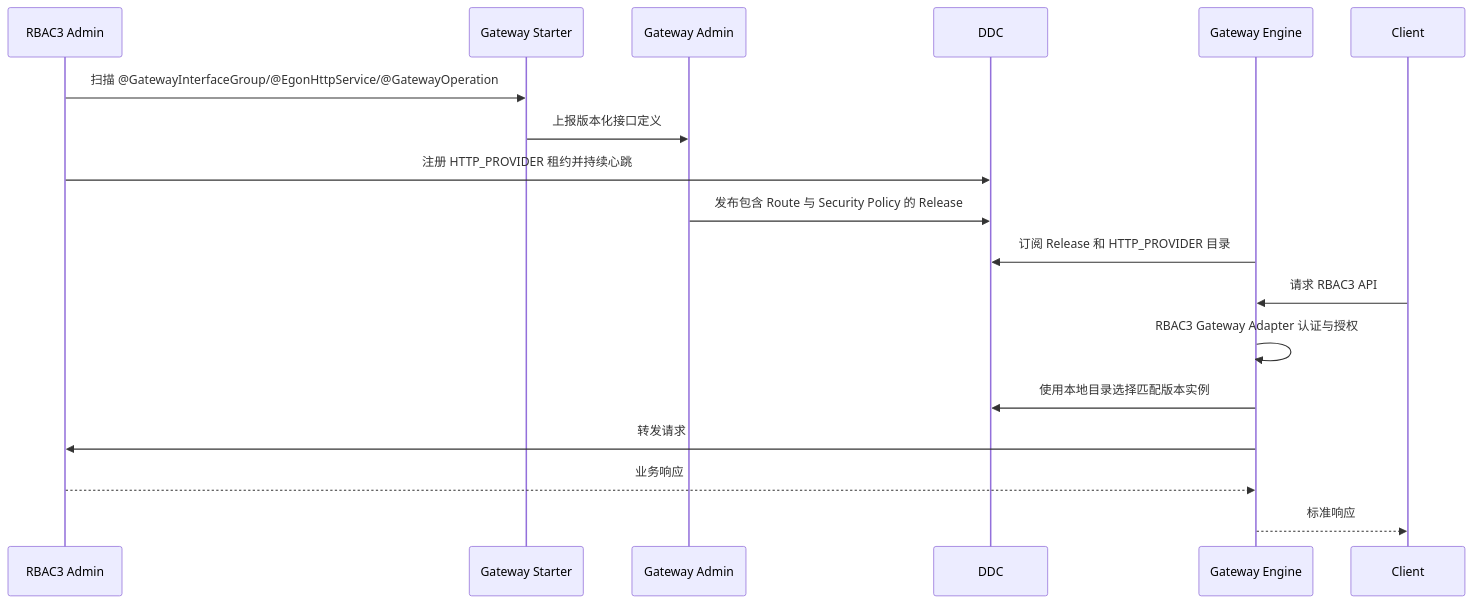
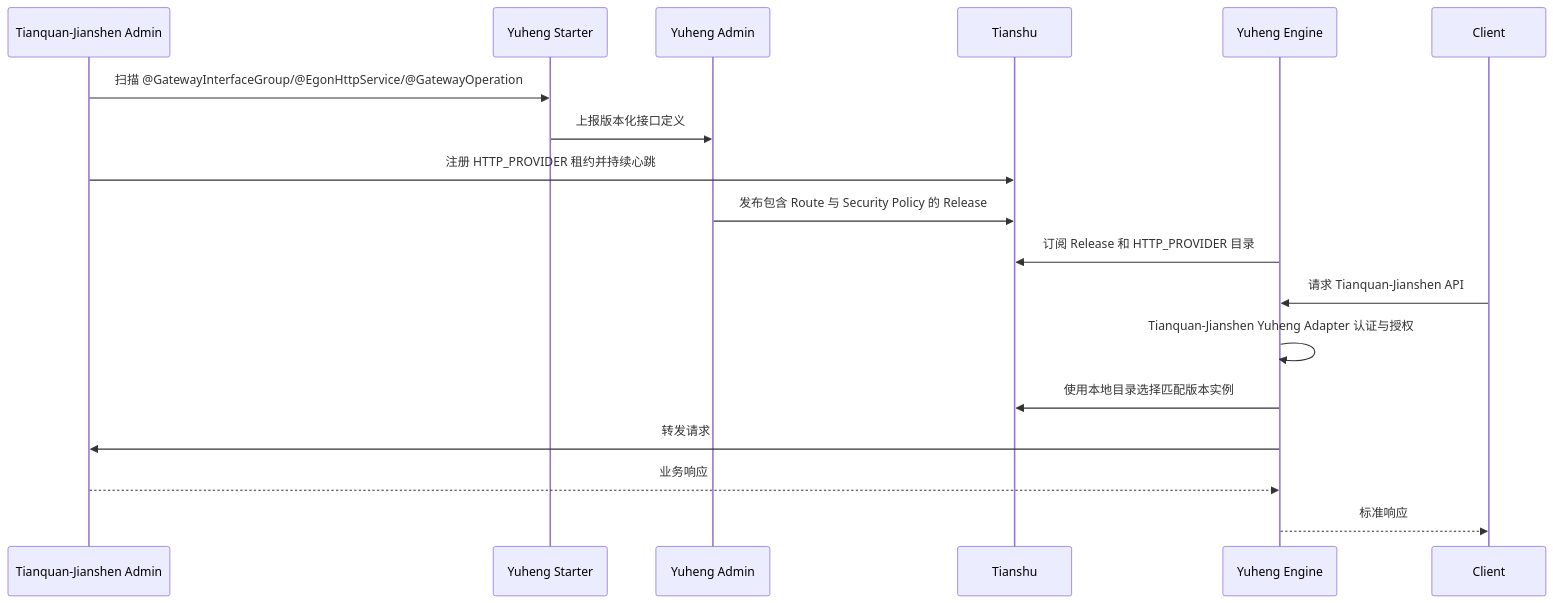
One commit to AllenDEricDAlexander/Egon-COLA changed the fourth of 6 diagrams in docs/superpowers/specs/2026-07-30-rbac3-permission-platform-design.md. Above: the diagram before and after it, drawn with Mermaid. The commit also changed other lines of this file and 233 other files, not shown here.

````diff
--- a/docs/superpowers/specs/2026-07-30-rbac3-permission-platform-design.md
+++ b/docs/superpowers/specs/2026-07-30-rbac3-permission-platform-design.md
@@ -1152,21 +1152,21 @@
 ```mermaid
 sequenceDiagram
-    participant Admin as RBAC3 Admin
-    participant GStarter as Gateway Starter
-    participant GAdmin as Gateway Admin
-    participant DDC as DDC
-    participant Engine as Gateway Engine
+    participant Admin as Tianquan-Jianshen Admin
+    participant GStarter as Yuheng Starter
+    participant GAdmin as Yuheng Admin
+    participant Tianshu as Tianshu
+    participant Engine as Yuheng Engine
     participant Client as Client
 
     Admin->>GStarter: 扫描 @GatewayInterfaceGroup/@EgonHttpService/@GatewayOperation
     GStarter->>GAdmin: 上报版本化接口定义
-    Admin->>DDC: 注册 HTTP_PROVIDER 租约并持续心跳
-    GAdmin->>DDC: 发布包含 Route 与 Security Policy 的 Release
-    Engine->>DDC: 订阅 Release 和 HTTP_PROVIDER 目录
-    Client->>Engine: 请求 RBAC3 API
-    Engine->>Engine: RBAC3 Gateway Adapter 认证与授权
-    Engine->>DDC: 使用本地目录选择匹配版本实例
+    Admin->>Tianshu: 注册 HTTP_PROVIDER 租约并持续心跳
+    GAdmin->>Tianshu: 发布包含 Route 与 Security Policy 的 Release
+    Engine->>Tianshu: 订阅 Release 和 HTTP_PROVIDER 目录
+    Client->>Engine: 请求 Tianquan-Jianshen API
+    Engine->>Engine: Tianquan-Jianshen Yuheng Adapter 认证与授权
+    Engine->>Tianshu: 使用本地目录选择匹配版本实例
     Engine->>Admin: 转发请求
     Admin-->>Engine: 业务响应
     Engine-->>Client: 标准响应
 ```
````
